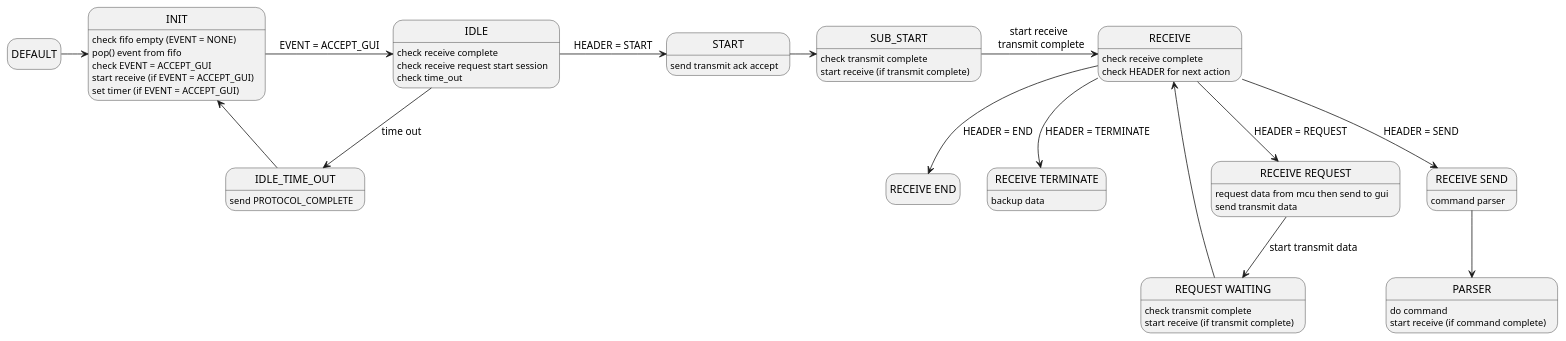
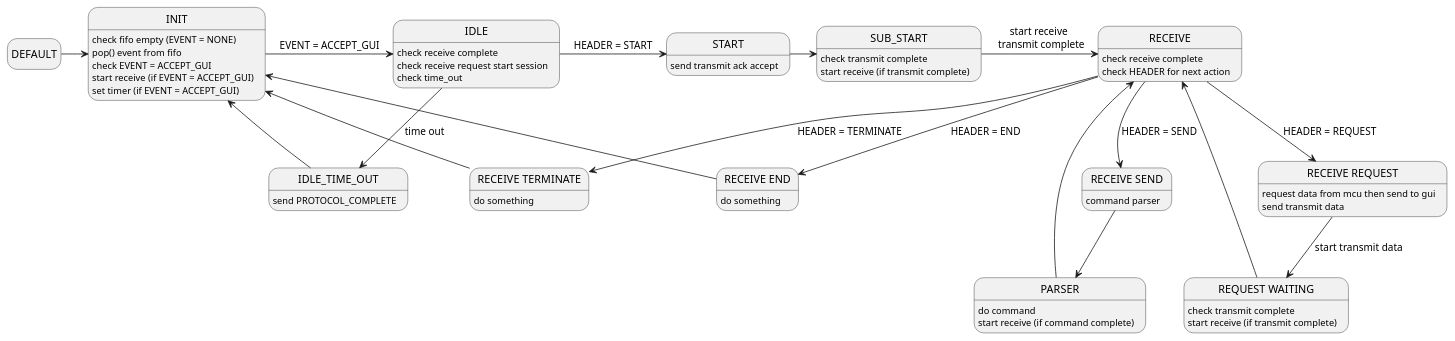
Before and after one commit to PDucMinh/Smart-Lock-ITRVN: the diagram in final_project/design/state_1_protocol_transfer.wsd, drawn with PlantUML. The commit also changed 1 other file, not shown here.

```diff
--- a/final_project/design/state_1_protocol_transfer.wsd
+++ b/final_project/design/state_1_protocol_transfer.wsd
@@ -1,75 +1,78 @@
 @startuml protocol_transfer_mechanism
 hide empty description
 
 state "DEFAULT" as default 
 
 state "INIT" as init
 init : check fifo empty (EVENT = NONE)
 init : pop() event from fifo 
 init : check EVENT = ACCEPT_GUI
 init : start receive (if EVENT = ACCEPT_GUI)
 init : set timer (if EVENT = ACCEPT_GUI)
 
 state "IDLE_TIME_OUT" as ito 
 ito : send PROTOCOL_COMPLETE 
 
 state "IDLE" as idle 
 idle : check receive complete
 idle : check receive request start session
 idle : check time_out
 
 state "START" as start 
 start : send transmit ack accept 
 ' start : set timer for transmit complete
 
 state "SUB_START" as sstart
 sstart : check transmit complete 
 sstart : start receive (if transmit complete)
 ' sstart : check time_out 
 
 state "RECEIVE" as receive
 receive : check receive complete
 receive : check HEADER for next action 
 
 state "RECEIVE REQUEST" as rcvrq
 rcvrq : request data from mcu then send to gui
 rcvrq : send transmit data 
 
 state "REQUEST WAITING" as rqwait
 rqwait : check transmit complete
 rqwait : start receive (if transmit complete)
 
 
 state "RECEIVE SEND" as rcvsd
 rcvsd : command parser
 
 state "PARSER" as parser
 parser : do command
 parser : start receive (if command complete)
 
 state "RECEIVE END" as rcvend
+rcvend : do something 
 
-
-state "RECEIVE TERMINATE" as term
-term : backup data 
+state "RECEIVE TERMINATE" as rcvterm
+rcvterm : do something 
 
 default -> init 
 init -> idle : EVENT = ACCEPT_GUI
 idle -> start : HEADER = START
 idle --> ito : time out
 ito -> init 
 
 start -> sstart 
 sstart -> receive : start receive \n transmit complete
 
 receive --> rcvsd : HEADER = SEND
 receive --> rcvrq : HEADER = REQUEST
 receive --> rcvend : HEADER = END
-receive --> term : HEADER = TERMINATE
+receive --> rcvterm : HEADER = TERMINATE
 
 rcvrq --> rqwait  : start transmit data
 rqwait -> receive
 
 rcvsd --> parser
+parser -> receive
 
+rcvend -> init 
+rcvterm -> init 
 @enduml
```
